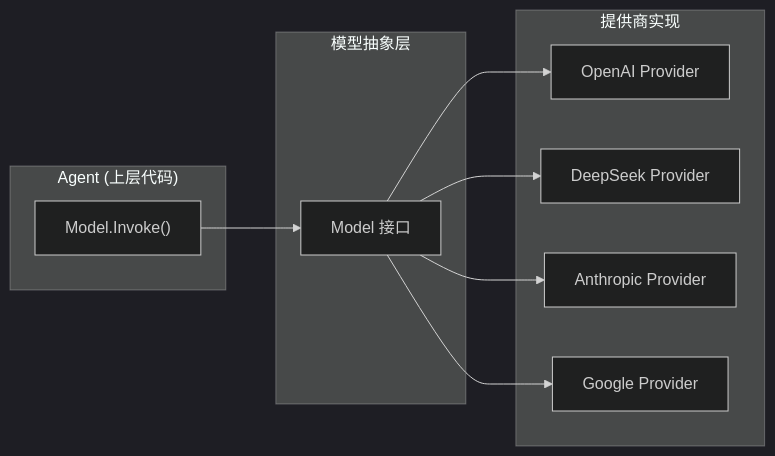
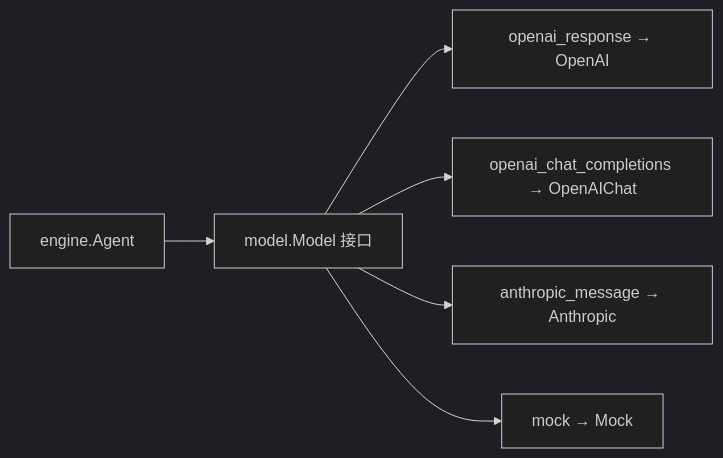
The diagram in docs/06-model-integration.md (apexracing/tracklogic-agent), drawn with Mermaid (dark theme) before and after one commit. The commit also changed other lines of this file and 22 other files, not shown here.

````diff
--- a/docs/06-model-integration.md
+++ b/docs/06-model-integration.md
@@ -7,23 +7,14 @@
 ```mermaid
 graph LR
-    subgraph AGENT["Agent (上层代码)"]
-        A["Model.Invoke()"]
-    end
-    
-    subgraph ABSTRACTION["模型抽象层"]
-        M["Model 接口"]
-    end
-    
-    subgraph PROVIDERS["提供商实现"]
-        O["OpenAI Provider"]
-        D["DeepSeek Provider"]
-        C["Anthropic Provider"]
-        G["Google Provider"]
-    end
-    
-    A --> M
-    M --> O
-    M --> D
+    ENG["engine.Agent"]
+    M["model.Model 接口"]
+    R["openai_response → OpenAI"]
+    C["openai_chat_completions → OpenAIChat"]
+    A["anthropic_message → Anthropic"]
+    K["mock → Mock"]
+    ENG --> M
+    M --> R
     M --> C
-    M --> G
+    M --> A
+    M --> K
 ```
````
